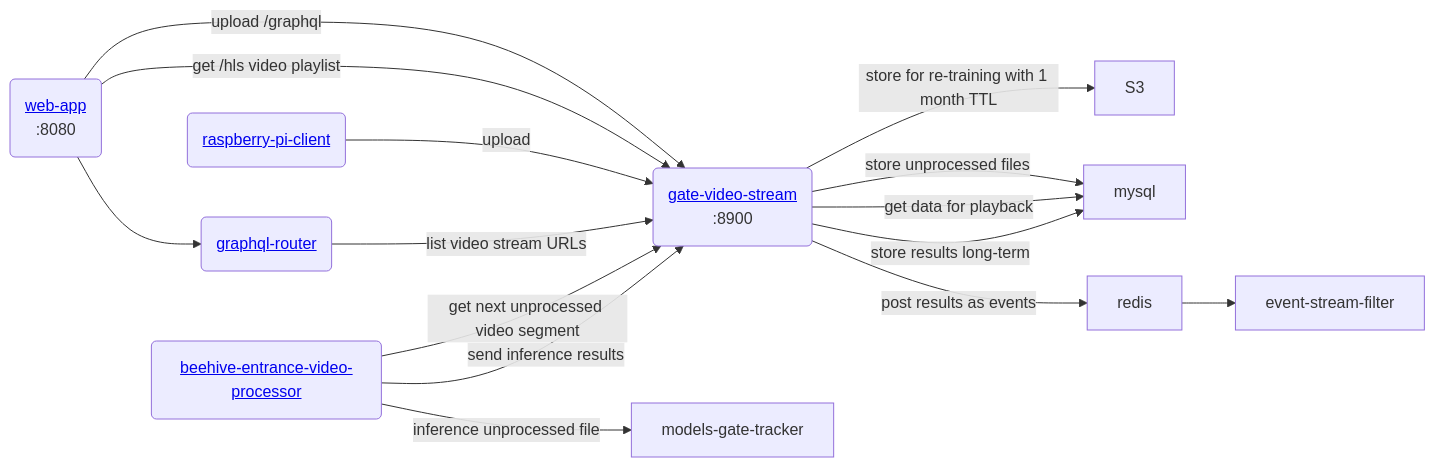
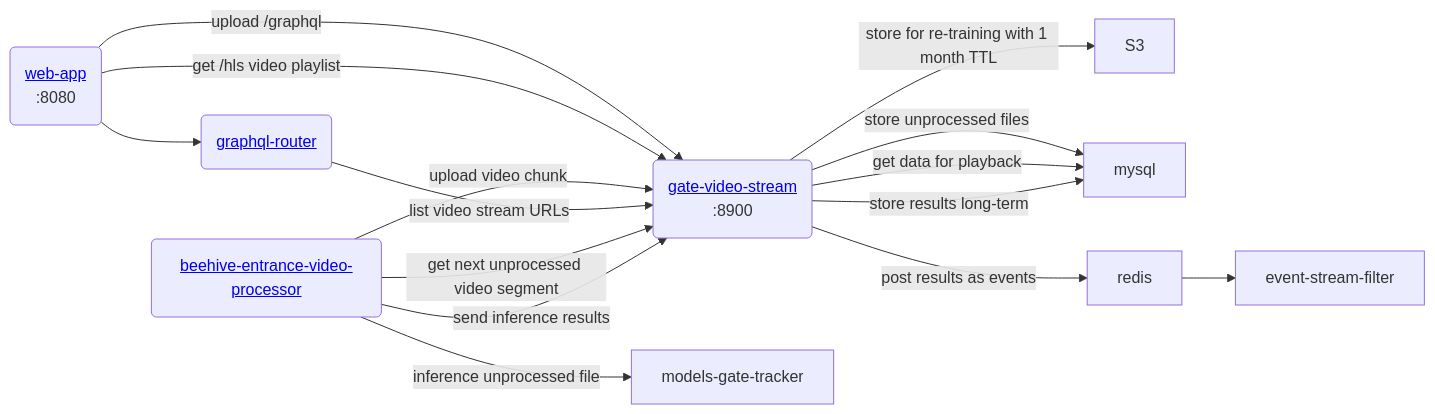
One commit to Gratheon/gate-video-stream changed the diagram in README.md. Above: the diagram before and after it, drawn with Mermaid. The commit also changed 2 other files, not shown here.

Commit message:
fix deploy, fix video upload from browser in dev

````diff
--- a/README.md
+++ b/README.md
@@ -20,15 +20,15 @@
 ```mermaid
 flowchart LR
 	web-app --"upload /graphql"--> gate-video-stream --"store for re-training with 1 month TTL"--> S3
 	web-app --"get /hls video playlist"--> gate-video-stream
-	raspberry-pi-client("<a href='https://github.com/Gratheon/raspberry-pi-client'>raspberry-pi-client</a>") --"upload"--> gate-video-stream
+	beehive-entrance-video-processor --"upload video chunk"--> gate-video-stream
 	gate-video-stream --"store unprocessed files" --> mysql
 
     web-app("<a href='https://github.com/Gratheon/web-app'>web-app</a>\n:8080") --> graphql-router("<a href='https://github.com/Gratheon/graphql-router'>graphql-router</a>") --"list video stream URLs"--> gate-video-stream("<a href='https://github.com/Gratheon/gate-video-stream'>gate-video-stream</a>\n:8900") -- "get data for playback" --> mysql
 
 	beehive-entrance-video-processor("<a href='https://github.com/Gratheon/beehive-entrance-video-processor'>beehive-entrance-video-processor</a>") --"get next unprocessed video segment"--> gate-video-stream
 	beehive-entrance-video-processor --"inference unprocessed file" --> models-gate-tracker
 	beehive-entrance-video-processor --"send inference results"--> gate-video-stream -- "store results long-term" --> mysql
 	gate-video-stream -- "post results as events" --> redis --> event-stream-filter
 
 ```
````
